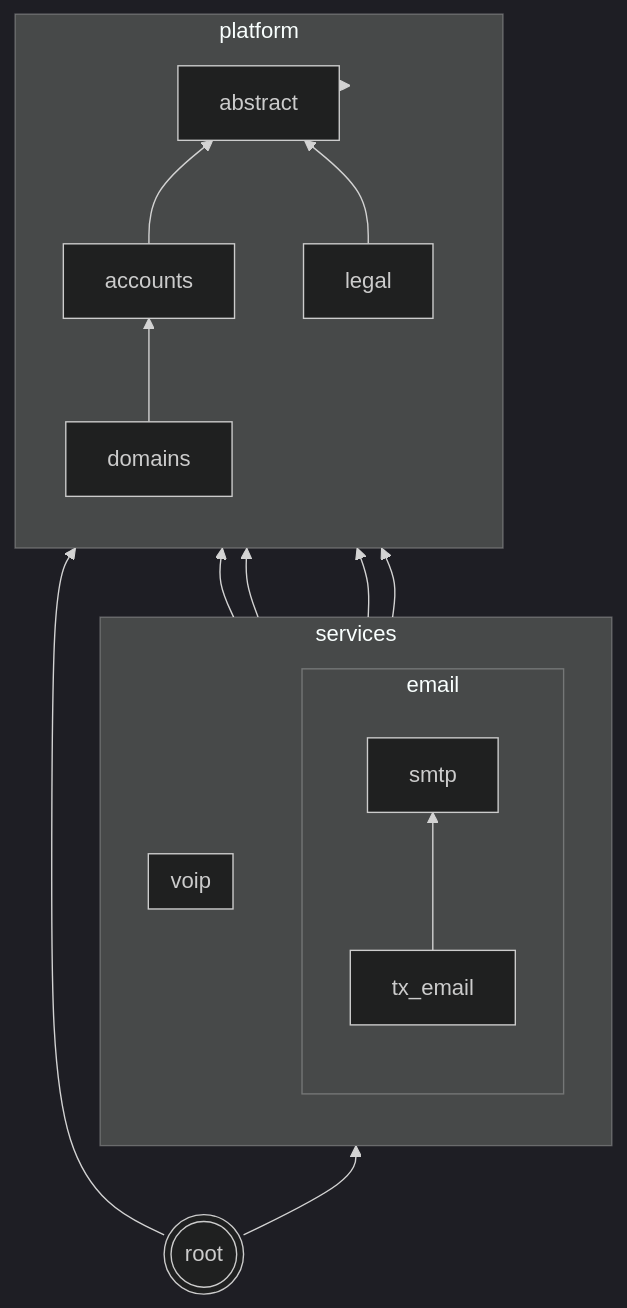
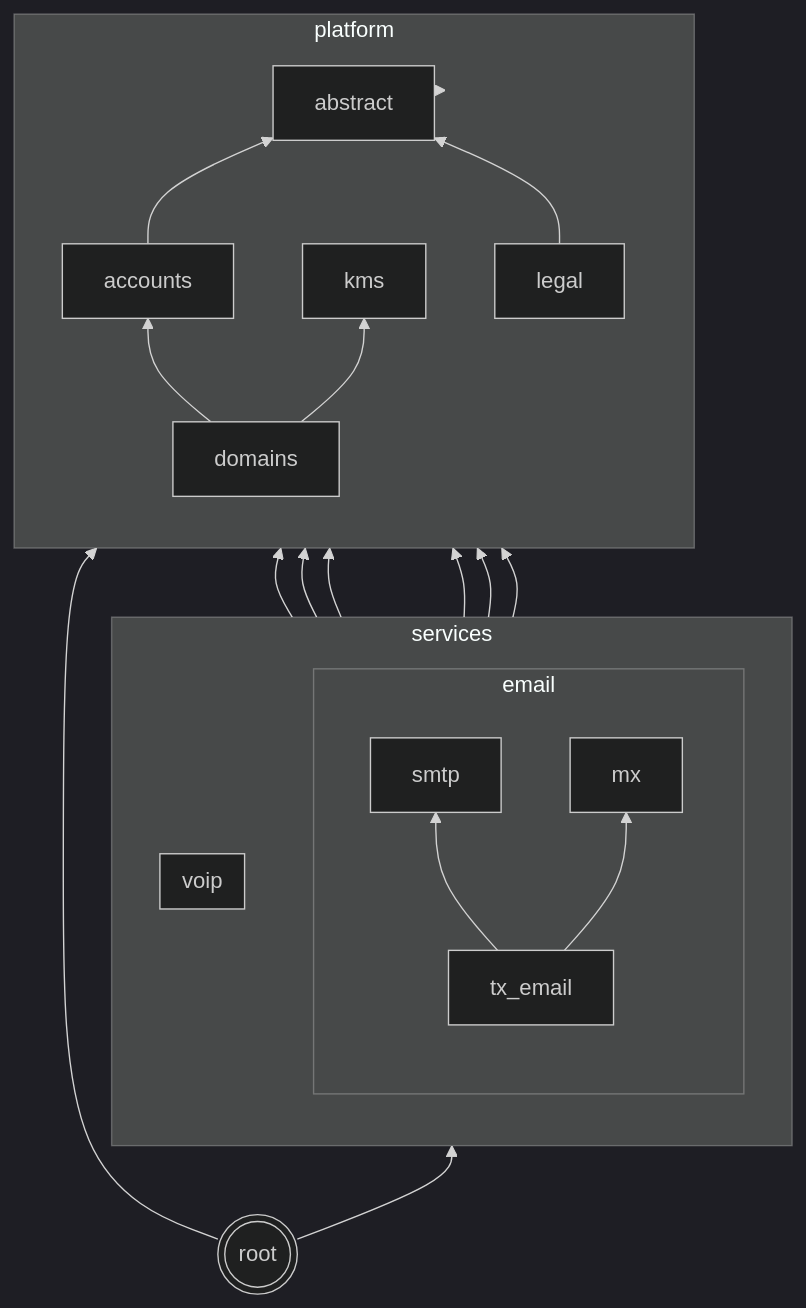
One commit to codingjoe/relay changed the diagram in README.md. Above: the diagram before and after it, drawn with Mermaid (dark theme). The commit also changed other lines of this file and 67 other files, not shown here.

````diff
--- a/README.md
+++ b/README.md
@@ -97,33 +119,39 @@
 ```mermaid
 graph BT
  abstract[abstract];
+ kms[kms];
  subgraph platform
  direction BT
  accounts
  domains
  legal
  domains --> accounts
  accounts --> abstract
+ domains --> kms
  legal --> abstract
  end
  subgraph services
  direction BT
  subgraph email
  direction BT
  tx_email[tx_email]
  smtp
+ mx
  smtp --> accounts
  smtp --> domains
+ mx --> accounts
+ mx --> domains
+ mx --> kms
  tx_email --> smtp
- tx_email --> domains
+ tx_email --> mx
  end
  subgraph voip
  direction BT
  end
  end
  services --> platform;
  platform --> abstract;
  root --> services;
  root --> platform;
  root(((root)))
 ```
````
